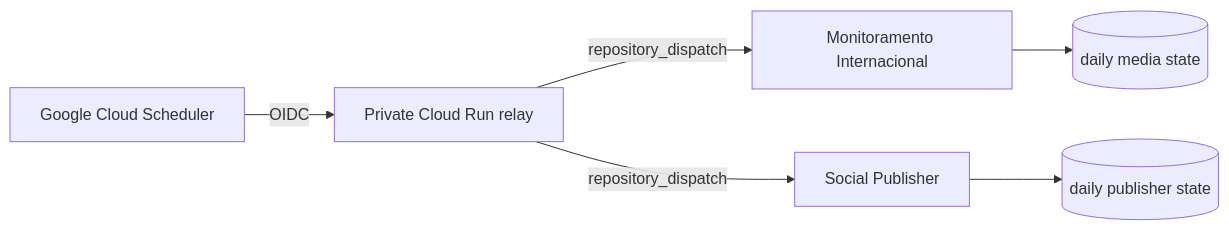
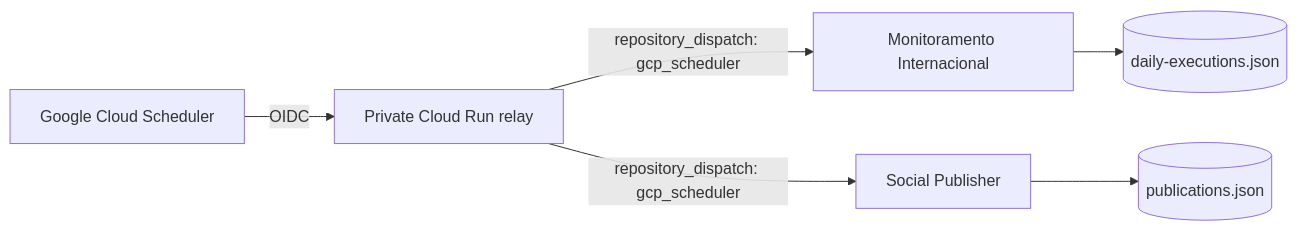
One commit to thalesandradepereira/monitoramento-internacional changed the diagram in infra/gcp-scheduler-relay/README.md. Above: the diagram before and after it, drawn with Mermaid. The commit also changed other lines of this file, not shown here.

Commit message:
docs: document safe GCP activation and verification

````diff
--- a/infra/gcp-scheduler-relay/README.md
+++ b/infra/gcp-scheduler-relay/README.md
@@ -12,8 +12,8 @@
 ```mermaid
 flowchart LR
     GCS[Google Cloud Scheduler] -->|OIDC| CR[Private Cloud Run relay]
-    CR -->|repository_dispatch| M[Monitoramento Internacional]
-    CR -->|repository_dispatch| P[Social Publisher]
-    M --> MS[(daily media state)]
-    P --> PS[(daily publisher state)]
+    CR -->|repository_dispatch: gcp_scheduler| M[Monitoramento Internacional]
+    CR -->|repository_dispatch: gcp_scheduler| P[Social Publisher]
+    M --> MS[(daily-executions.json)]
+    P --> PS[(publications.json)]
 ```
````
